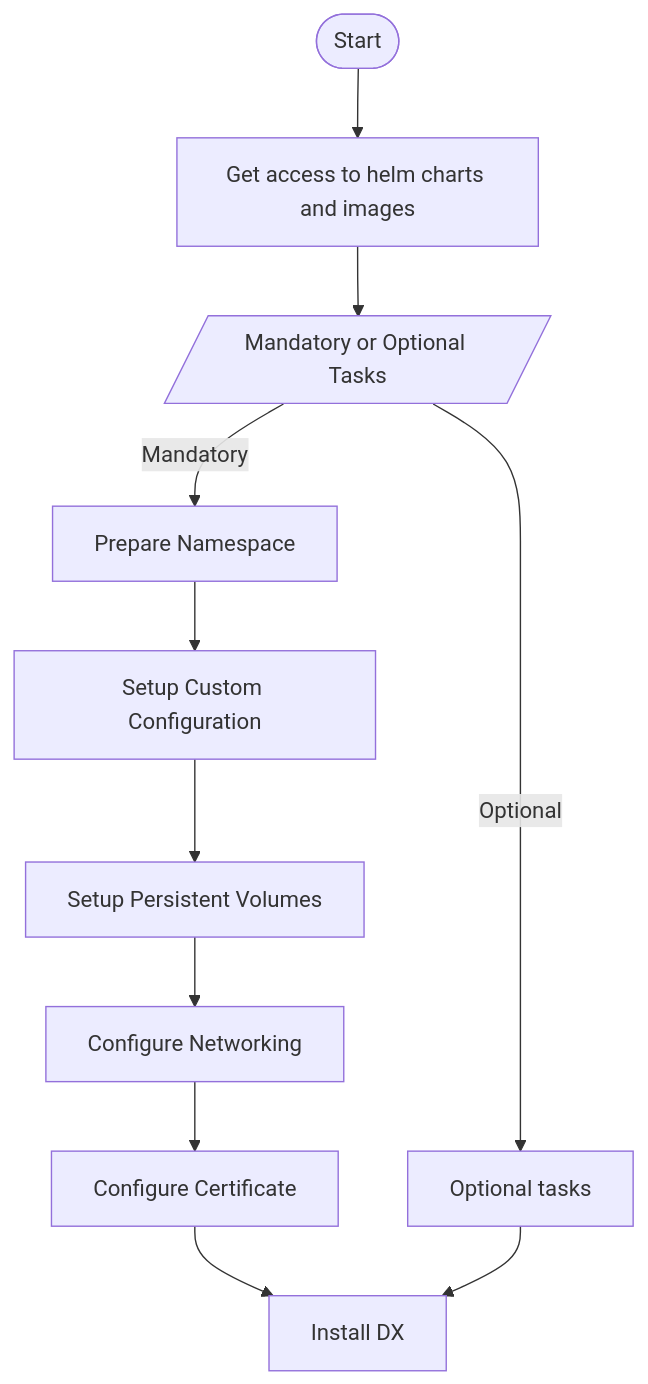
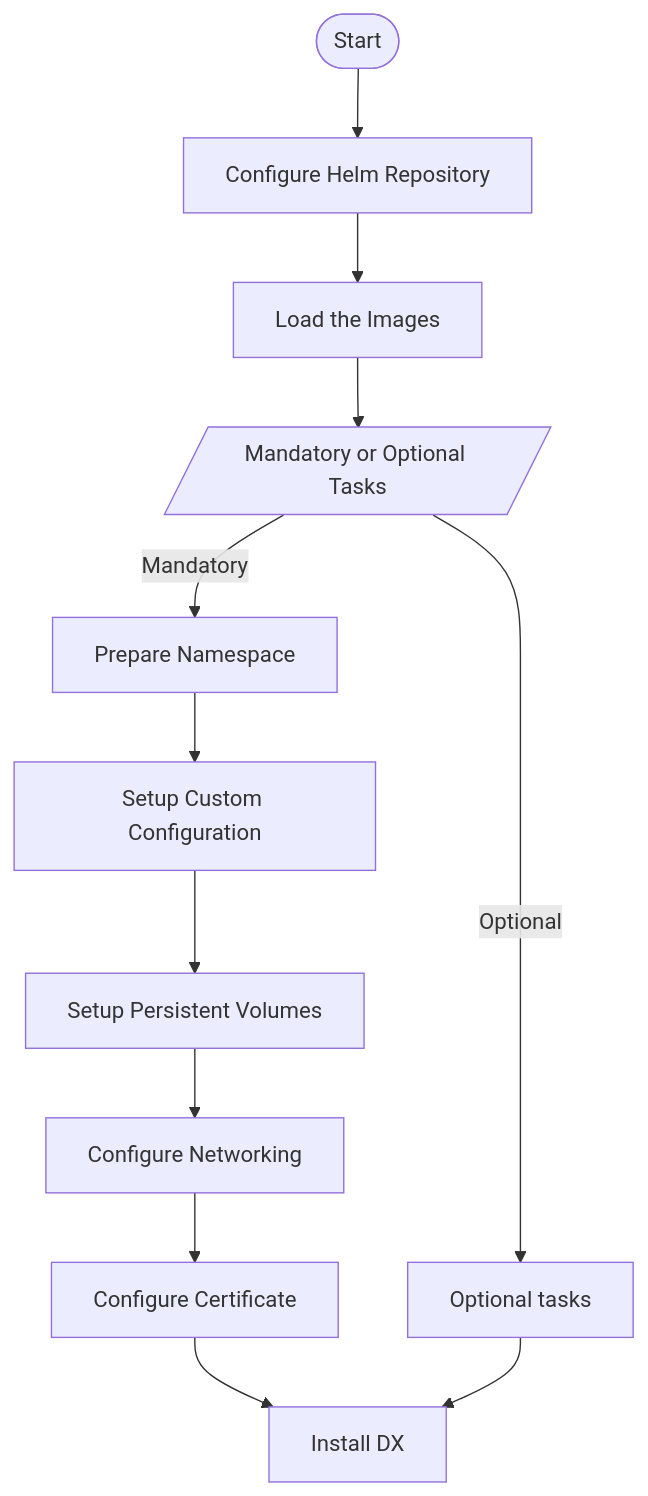
Before and after one commit to HCL-TECH-SOFTWARE/digital-experience: the diagram in docs/deployment/install/container/helm_deployment/overview.md, drawn with Mermaid.

Commit message:
Updated diagram

````diff
--- a/docs/deployment/install/container/helm_deployment/overview.md
+++ b/docs/deployment/install/container/helm_deployment/overview.md
@@ -11,40 +11,44 @@
 ``` mermaid
 flowchart TD
   accTitle: Steps in DX Helm installation.
   accDescr: Flowchart showing the mandatory and optional steps in DX Helm installation.
 
   A([Start])
-  B[Get access to helm charts and images];
+  B1[Configure Helm Repository];
+  B2[Load the Images];
   C[/Mandatory or Optional Tasks/];
   D[Prepare Namespace];
   E[Setup Custom Configuration];
   F[Setup Persistent Volumes];
   G[Configure Networking];
   H[Configure Certificate];
   I[Optional tasks];
   J[Install DX]
 
-  A --> B;
-  B --> C;
+  A --> B1;
+  B1 --> B2;
+  B2 --> C;
   C --> |Mandatory| D;
   D --> E;
   E --> F;
   F --> G;
   G --> H;
   H --> J;
   C ----> |Optional| I;
   I --> J;
 
+  click B1 "../preparation/get_the_code/configure_harbor_helm_repo/"
+  click B2 "../preparation/get_the_code/prepare_load_images/"
   click D "../preparation/mandatory_tasks/prepare_namespace/"
   click E "../preparation/mandatory_tasks/prepare_configuration/"
   click F "../preparation/mandatory_tasks/prepare_persistent_volume_claims/"
   click G "../preparation/mandatory_tasks/prepare_configure_networking/"
   click H "../preparation/mandatory_tasks/prepare_ingress_certificate/"
   click I "../preparation/optional_tasks/optional_internal_networking/"
   click J "../helm_install_commands/"
 
 
 
 
 
 ``` 
````
